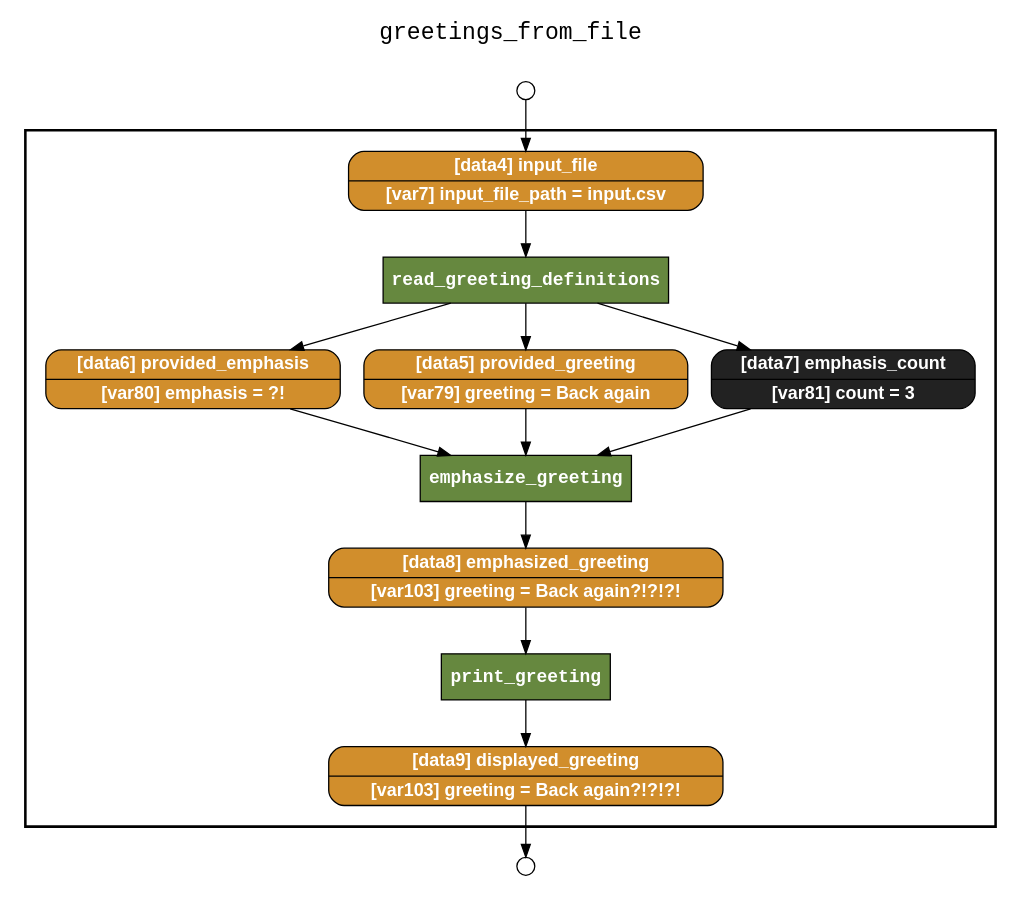
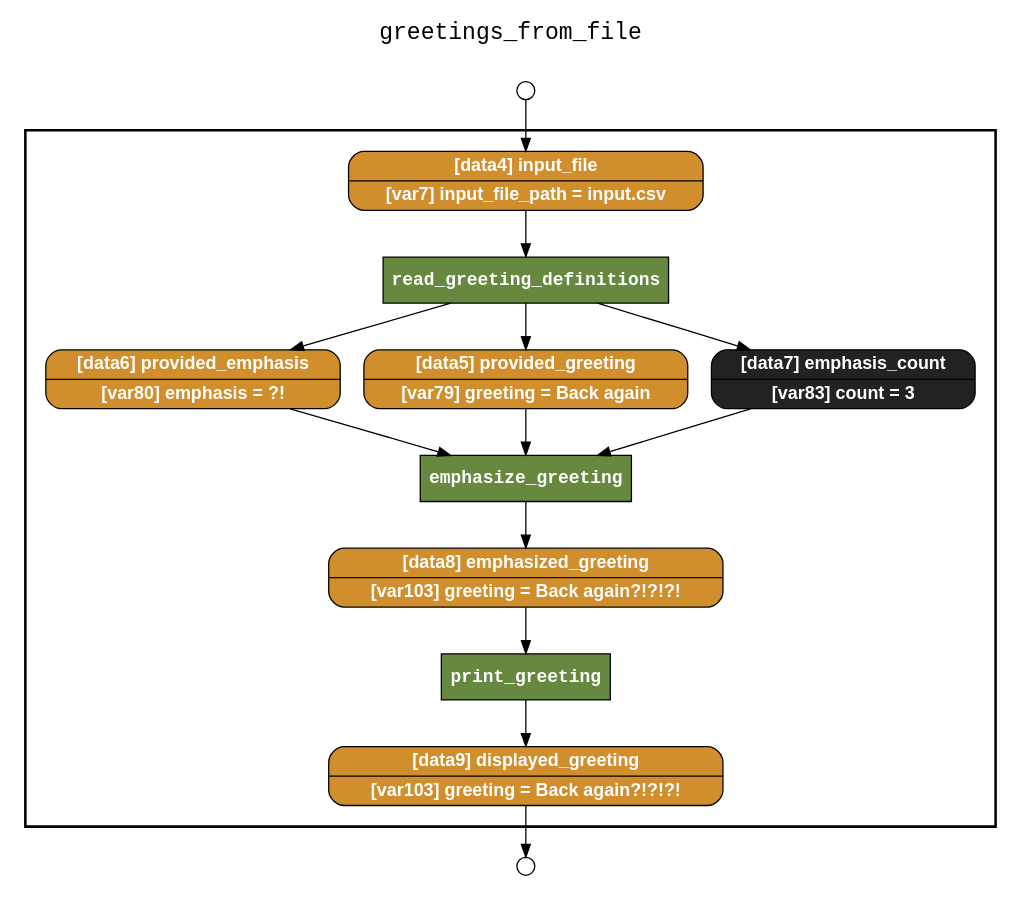
One commit to yesworkflow-org/yw-noworkflow changed the diagram in examples/06_greeting_from_file/yw_nw_retrospective_lineage.gv. Above: the diagram before and after it, drawn with Graphviz. The commit also changed 23 other files, not shown here.

Commit message:
New Makefile target for NW filtered lineage graph.

```diff
--- a/examples/06_greeting_from_file/yw_nw_retrospective_lineage.gv
+++ b/examples/06_greeting_from_file/yw_nw_retrospective_lineage.gv
@@ -1,44 +1,44 @@
 
 digraph yw_data_view {
 rankdir=TB
 fontname=Courier; fontsize=18; labelloc=t
 label="greetings_from_file"
 subgraph cluster_workflow { label=""; color=black; penwidth=2
 subgraph cluster_workflow_inner { label=""; color=white
 node[shape=box style=filled fillcolor="#66883F" peripheries=1 fontname="Courier-Bold" fontcolor=white]
 emphasize_greeting
 read_greeting_definitions
 print_greeting
 node[shape=box style="filled" fillcolor="#CCFFCC" peripheries=1 fontname=Courier]
 node[shape=box style="rounded,filled" fillcolor="#D18E2C" peripheries=1 fontname="Helvetica-Bold"]
 emphasized_greeting [shape=record rankdir=LR label="{<f0> [data8] emphasized_greeting |<f1> [var103] greeting = Back again?!?!?!}"]
 displayed_greeting [shape=record rankdir=LR label="{<f0> [data9] displayed_greeting |<f1> [var103] greeting = Back again?!?!?!}"]
 provided_emphasis [shape=record rankdir=LR label="{<f0> [data6] provided_emphasis |<f1> [var80] emphasis = ?!}"]
 provided_greeting [shape=record rankdir=LR label="{<f0> [data5] provided_greeting |<f1> [var79] greeting = Back again}"]
 input_file [shape=record rankdir=LR label="{<f0> [data4] input_file |<f1> [var7] input_file_path = input.csv}"]
 node[shape=box style="rounded,filled" fillcolor="#222222" peripheries=1 fontname="Helvetica-Bold"]
-emphasis_count [shape=record rankdir=LR label="{<f0> [data7] emphasis_count |<f1> [var81] count = 3}"]
+emphasis_count [shape=record rankdir=LR label="{<f0> [data7] emphasis_count |<f1> [var83] count = 3}"]
 }}
 subgraph cluster_inflows { label=""; color=white; penwidth=2
 subgraph cluster_inflows_inner { label=""; color=white
 node[shape=circle fillcolor="#FFFFFF" peripheries=1 width=0.2]
 input_file_inflow [label=""]
 }}
 subgraph cluster_outflows { label=""; color=white; penwidth=2
 subgraph cluster_outflows_inner { label=""; color=white
 node[shape=circle fillcolor="#FFFFFF" peripheries=1 width=0.2]
 displayed_greeting_outflow [label=""]
 }}
 emphasized_greeting -> print_greeting
 emphasis_count -> emphasize_greeting
 provided_emphasis -> emphasize_greeting
 provided_greeting -> emphasize_greeting
 input_file -> read_greeting_definitions
 read_greeting_definitions -> provided_greeting
 read_greeting_definitions -> provided_emphasis
 read_greeting_definitions -> emphasis_count
 emphasize_greeting -> emphasized_greeting
 print_greeting -> displayed_greeting
 input_file_inflow -> input_file
 displayed_greeting -> displayed_greeting_outflow
 }
```
